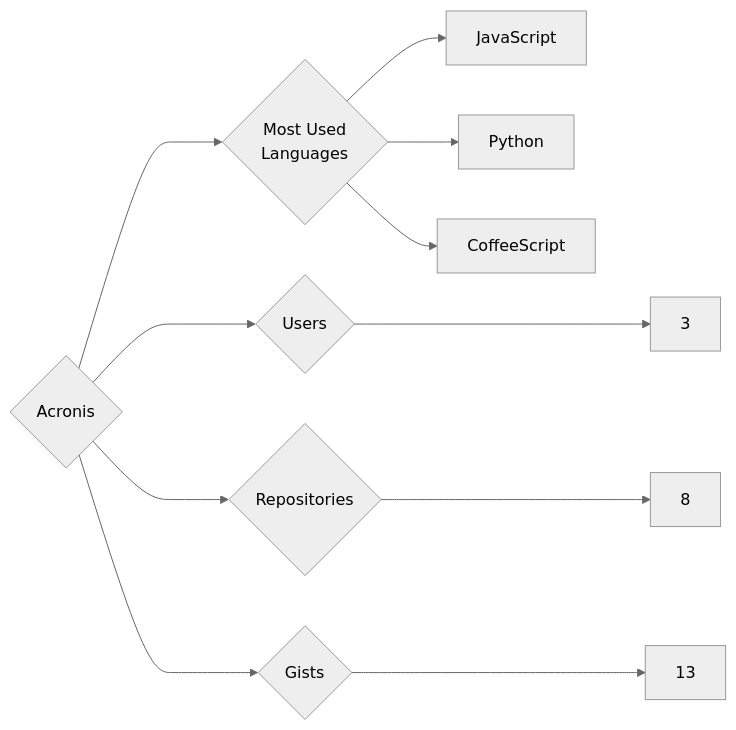
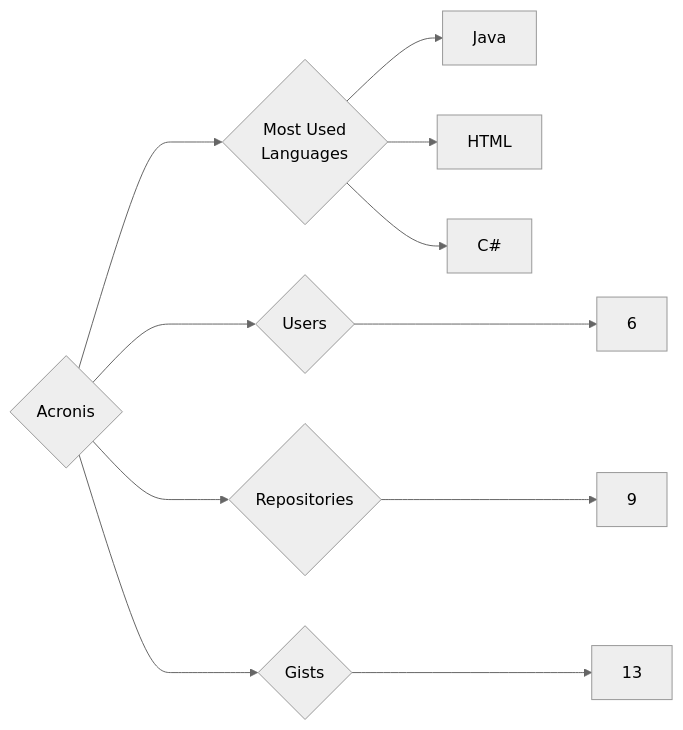
Before and after one commit to trickest/insiders: the diagram in targets/Acronis/README.md, drawn with Mermaid (neutral theme). The commit also changed 1175 other files, not shown here.

````diff
--- a/targets/Acronis/README.md
+++ b/targets/Acronis/README.md
@@ -3,11 +3,11 @@
 ```mermaid
 graph LR
 COMPANY_NAME{Acronis}
-COMPANY_NAME ---> U{Users} ---> UN[3]
-COMPANY_NAME ---> R{Repositories} ---> RN[8]
+COMPANY_NAME ---> U{Users} ---> UN[6]
+COMPANY_NAME ---> R{Repositories} ---> RN[9]
 COMPANY_NAME ---> G{Gists} ---> GN[13]
 COMPANY_NAME ---> ML{Most Used<br>Languages}
-ML --> JavaScript[JavaScript]
-ML --> Python[Python]
-ML --> CoffeeScript[CoffeeScript]
+ML --> Java[Java]
+ML --> HTML[HTML]
+ML --> C#[C#]
 ```
````
